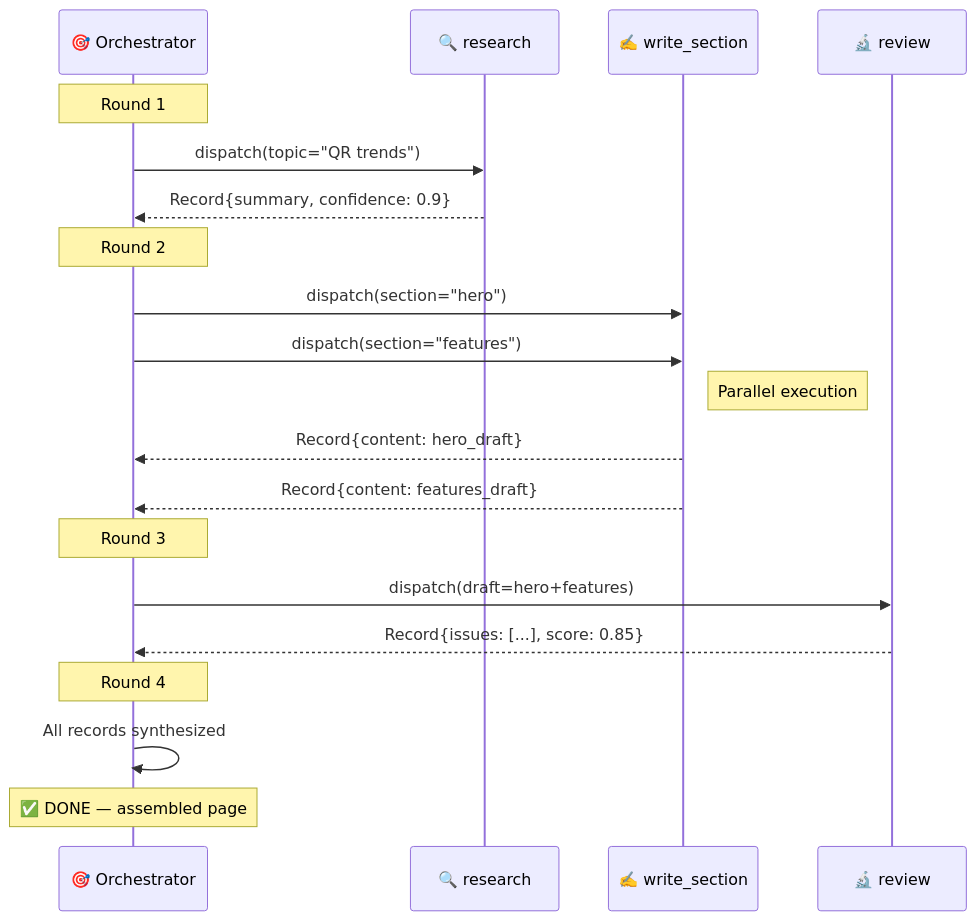
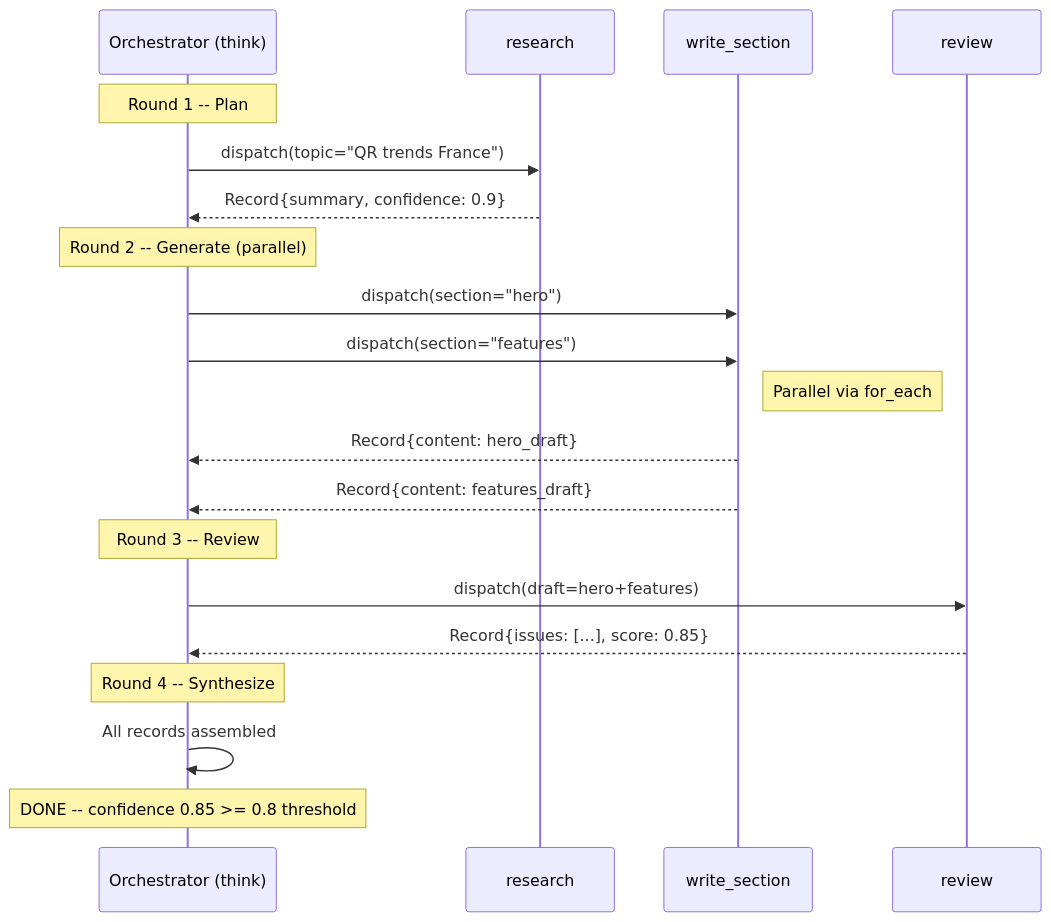
One commit to supernovae-st/nika changed the fourth of 10 diagrams in docs/vision/05-evolution-roadmap.md. Above: the diagram before and after it, drawn with Mermaid. The commit also changed other lines of this file and 5 other files, not shown here.

````diff
--- a/docs/vision/05-evolution-roadmap.md
+++ b/docs/vision/05-evolution-roadmap.md
@@ -328,26 +340,26 @@
 ```mermaid
 sequenceDiagram
-    participant S as 🎯 Orchestrator
-    participant R as 🔍 research
-    participant W as ✍️ write_section
-    participant V as 🔬 review
+    participant O as Orchestrator (think)
+    participant R as research
+    participant W as write_section
+    participant V as review
 
-    Note over S: Round 1
-    S->>R: dispatch(topic="QR trends")
-    R-->>S: Record{summary, confidence: 0.9}
+    Note over O: Round 1 -- Plan
+    O->>R: dispatch(topic="QR trends France")
+    R-->>O: Record{summary, confidence: 0.9}
 
-    Note over S: Round 2
-    S->>W: dispatch(section="hero")
-    S->>W: dispatch(section="features")
-    Note right of W: Parallel execution
-    W-->>S: Record{content: hero_draft}
-    W-->>S: Record{content: features_draft}
+    Note over O: Round 2 -- Generate (parallel)
+    O->>W: dispatch(section="hero")
+    O->>W: dispatch(section="features")
+    Note right of W: Parallel via for_each
+    W-->>O: Record{content: hero_draft}
+    W-->>O: Record{content: features_draft}
 
-    Note over S: Round 3
-    S->>V: dispatch(draft=hero+features)
-    V-->>S: Record{issues: [...], score: 0.85}
+    Note over O: Round 3 -- Review
+    O->>V: dispatch(draft=hero+features)
+    V-->>O: Record{issues: [...], score: 0.85}
 
-    Note over S: Round 4
-    S->>S: All records synthesized
-    Note over S: ✅ DONE — assembled page
+    Note over O: Round 4 -- Synthesize
+    O->>O: All records assembled
+    Note over O: DONE -- confidence 0.85 >= 0.8 threshold
 ```
````
